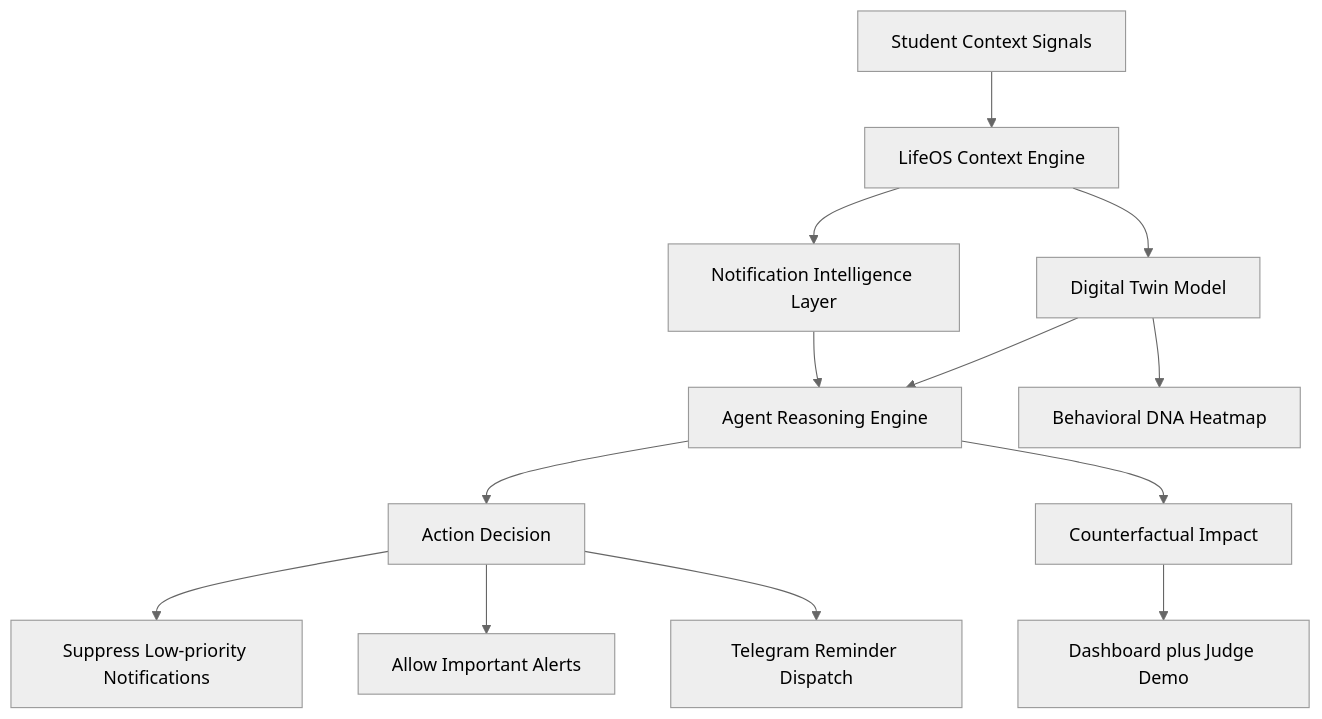
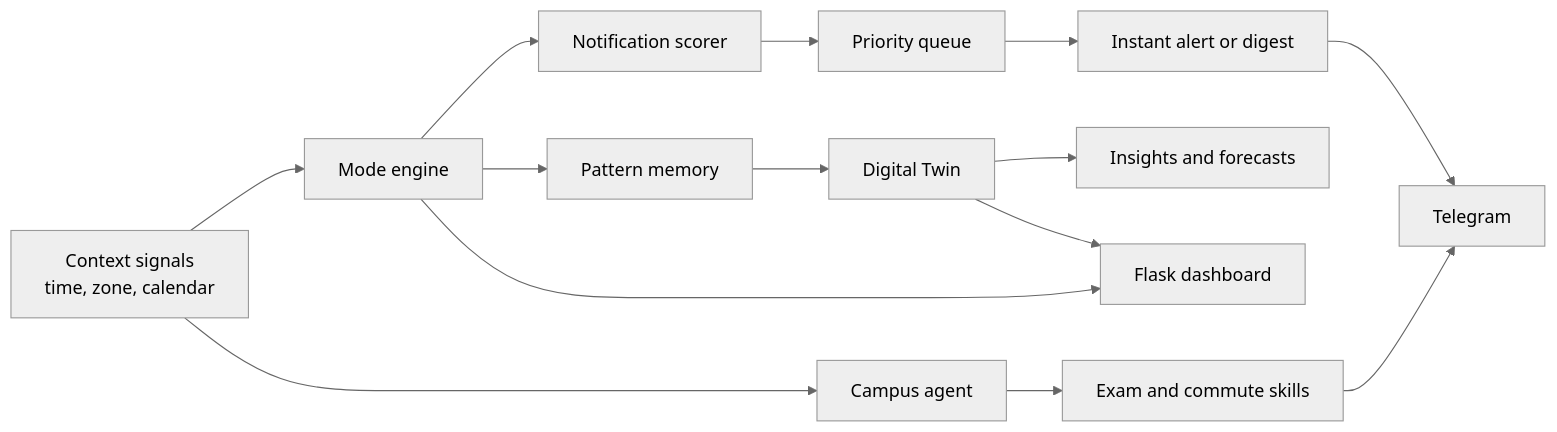
Before and after one commit to prajwalsamsonck/lifeos-campus: the diagram in README.md, drawn with Mermaid (neutral theme). The commit also changed other lines of this file and 14 other files, not shown here.

````diff
--- a/README.md
+++ b/README.md
@@ -38,15 +36,16 @@
 ```mermaid
-flowchart TD
-    A[Student Context Signals] --> B[LifeOS Context Engine]
-    B --> C[Digital Twin Model]
-    B --> D[Notification Intelligence Layer]
-    C --> E[Agent Reasoning Engine]
-    D --> E
-    E --> F[Action Decision]
-    F --> G[Suppress Low-priority Notifications]
-    F --> H[Allow Important Alerts]
-    F --> I[Telegram Reminder Dispatch]
-    C --> J[Behavioral DNA Heatmap]
-    E --> K[Counterfactual Impact]
-    K --> L[Dashboard plus Judge Demo]
+flowchart LR
+    A["Context signals<br/>time, zone, calendar"] --> B["Mode engine"]
+    A --> C["Campus agent"]
+    B --> D["Notification scorer"]
+    D --> E["Priority queue"]
+    E --> F["Instant alert or digest"]
+    C --> G["Exam and commute skills"]
+    B --> H["Pattern memory"]
+    H --> I["Digital Twin"]
+    I --> J["Insights and forecasts"]
+    F --> K["Telegram"]
+    G --> K
+    B --> L["Flask dashboard"]
+    I --> L
 ```
````
